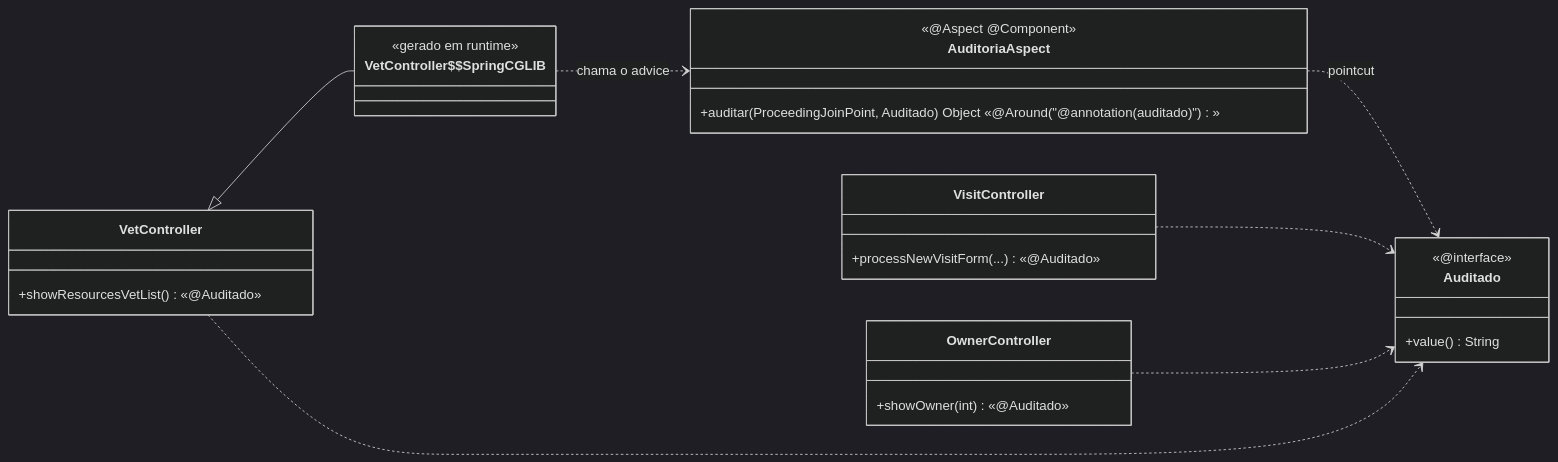
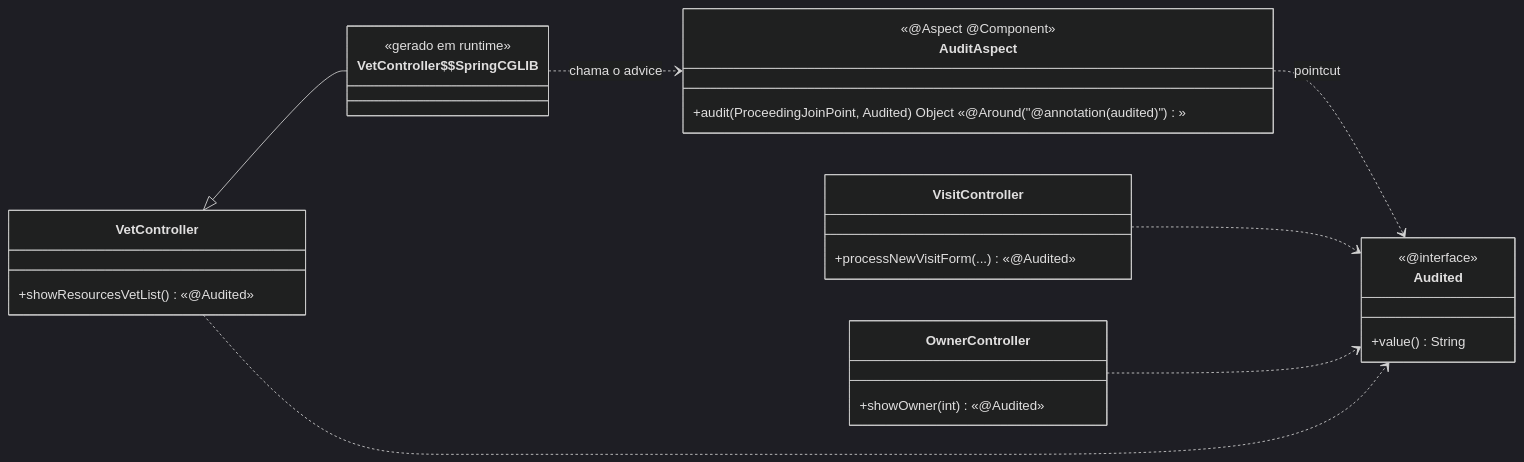
The eighth of 8 diagrams in ESTUDO-DE-CASO.md (GabrielKayran/spring-petclinic), drawn with Mermaid (dark theme) before and after one commit. The commit also changed other lines of this file and 115 other files, not shown here.

````diff
--- a/ESTUDO-DE-CASO.md
+++ b/ESTUDO-DE-CASO.md
@@ -399,30 +399,30 @@
 ```mermaid
 classDiagram
     direction LR
-    class Auditado {
+    class Audited {
         <<@interface>>
         +value() String
     }
-    class AuditoriaAspect {
+    class AuditAspect {
         <<@Aspect @Component>>
-        +auditar(ProceedingJoinPoint, Auditado) Object «@Around("@annotation(auditado)")»
+        +audit(ProceedingJoinPoint, Audited) Object «@Around("@annotation(audited)")»
     }
     class VisitController {
-        +processNewVisitForm(...) «@Auditado»
+        +processNewVisitForm(...) «@Audited»
     }
     class OwnerController {
-        +showOwner(int) «@Auditado»
+        +showOwner(int) «@Audited»
     }
     class VetController {
-        +showResourcesVetList() «@Auditado»
+        +showResourcesVetList() «@Audited»
     }
     class ProxyCGLIB["VetController$$SpringCGLIB"] {
         <<gerado em runtime>>
     }
-    AuditoriaAspect ..> Auditado : pointcut
-    VisitController ..> Auditado
-    OwnerController ..> Auditado
-    VetController ..> Auditado
+    AuditAspect ..> Audited : pointcut
+    VisitController ..> Audited
+    OwnerController ..> Audited
+    VetController ..> Audited
     VetController <|-- ProxyCGLIB
-    ProxyCGLIB ..> AuditoriaAspect : chama o advice
+    ProxyCGLIB ..> AuditAspect : chama o advice
 ```
````
